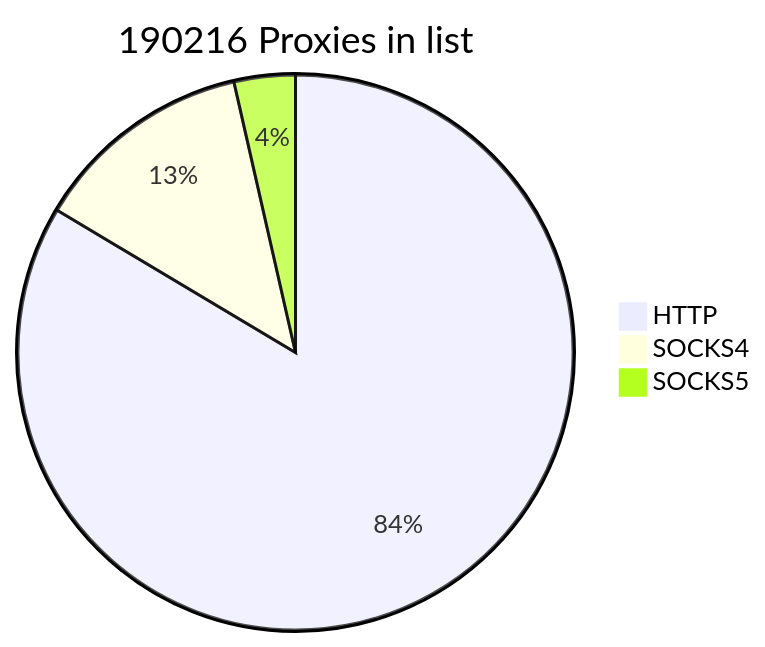
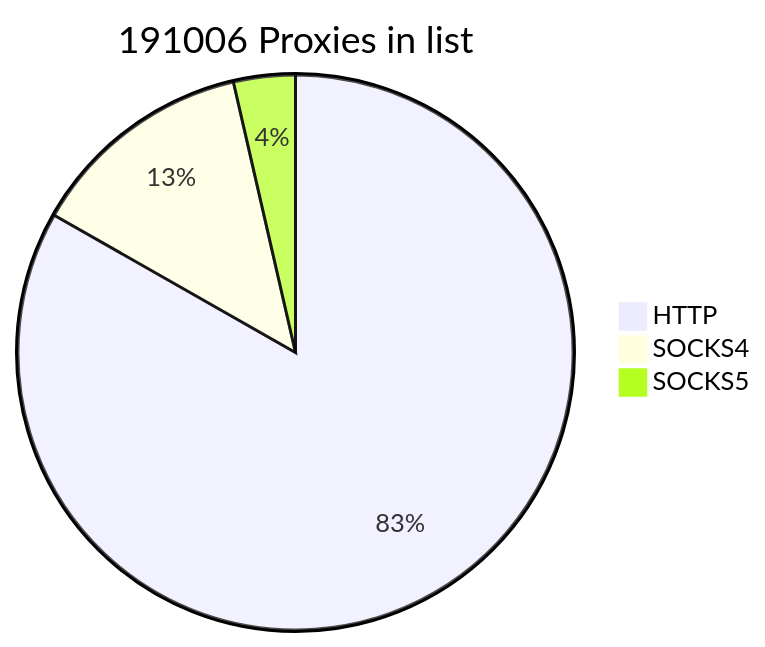
One commit to cutipu/proxylist changed the first of 2 diagrams in README.md. Above: the diagram before and after it, drawn with Mermaid. The commit also changed other lines of this file, not shown here.

````diff
--- a/README.md
+++ b/README.md
@@ -2,7 +2,7 @@
 ```mermaid
-pie title 190216 Proxies in list
-    "HTTP" : 158957
-    "SOCKS4" : 24484
-    "SOCKS5" : 6775
+pie title 191006 Proxies in list
+    "HTTP" : 158983
+    "SOCKS4" : 25164
+    "SOCKS5" : 6859
             
 ```
````
